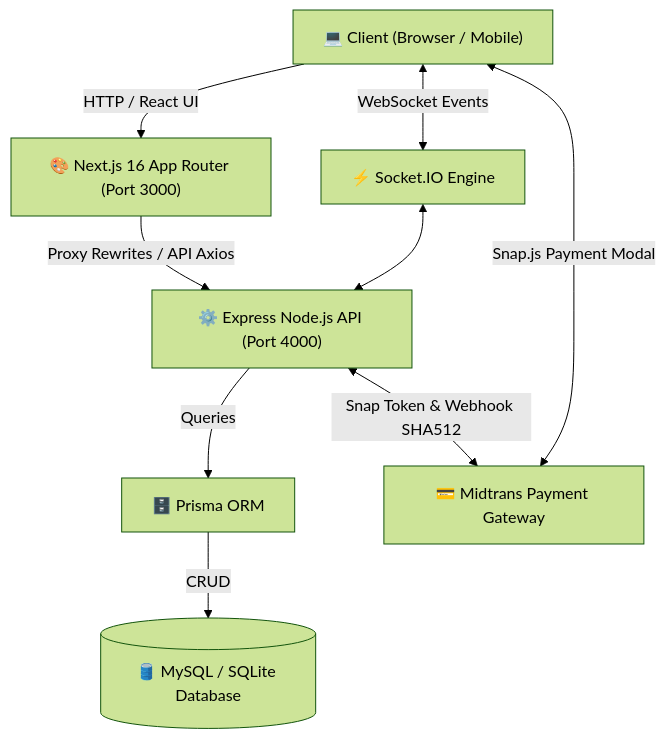
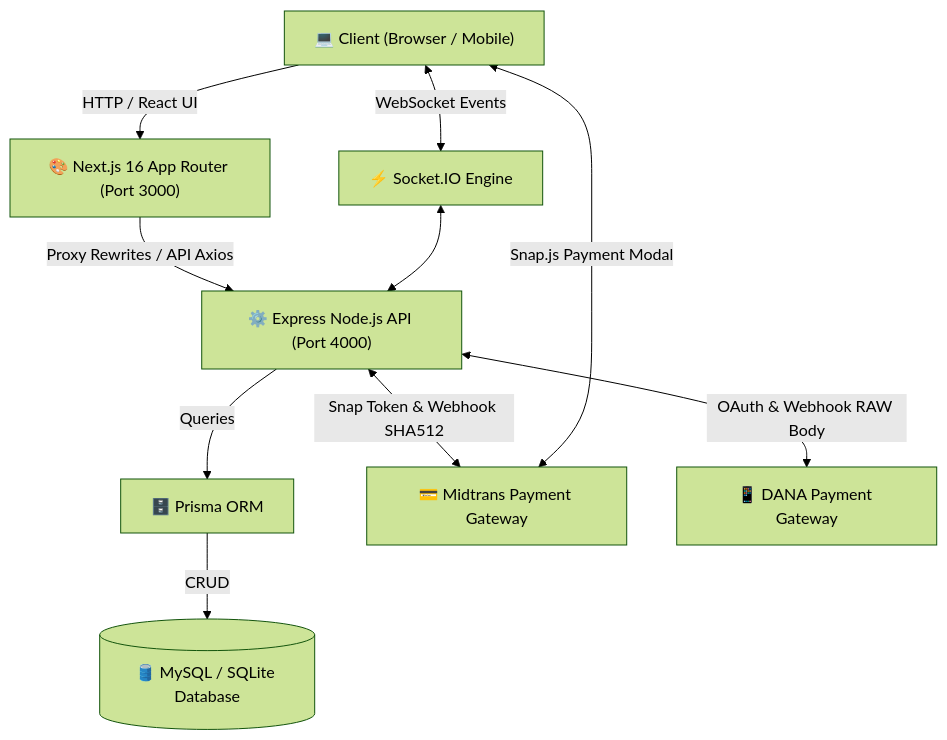
One commit to krefin/titik-apparel changed the first of 2 diagrams in docs/02-architecture.md. Above: the diagram before and after it, drawn with Mermaid (forest theme). The commit also changed other lines of this file and 8 other files, not shown here.

````diff
--- a/docs/02-architecture.md
+++ b/docs/02-architecture.md
@@ -11,19 +11,21 @@
 ```mermaid
 graph TD
     Client["💻 Client (Browser / Mobile)"]
     NextFS["🎨 Next.js 16 App Router (Port 3000)"]
     ExpressBE["⚙️ Express Node.js API (Port 4000)"]
     PrismaORM["🗄️ Prisma ORM"]
     MySQLDB[(🛢️ MySQL / SQLite Database)]
     SocketIO["⚡ Socket.IO Engine"]
     Midtrans["💳 Midtrans Payment Gateway"]
+    DanaPay["📱 DANA Payment Gateway"]
 
     Client -->|HTTP / React UI| NextFS
     NextFS -->|Proxy Rewrites / API Axios| ExpressBE
     Client <-->|WebSocket Events| SocketIO
     SocketIO <--> ExpressBE
     ExpressBE -->|Queries| PrismaORM
     PrismaORM -->|CRUD| MySQLDB
     ExpressBE <-->|Snap Token & Webhook SHA512| Midtrans
+    ExpressBE <-->|OAuth & Webhook RAW Body| DanaPay
     Client <-->|Snap.js Payment Modal| Midtrans
 ```
````
